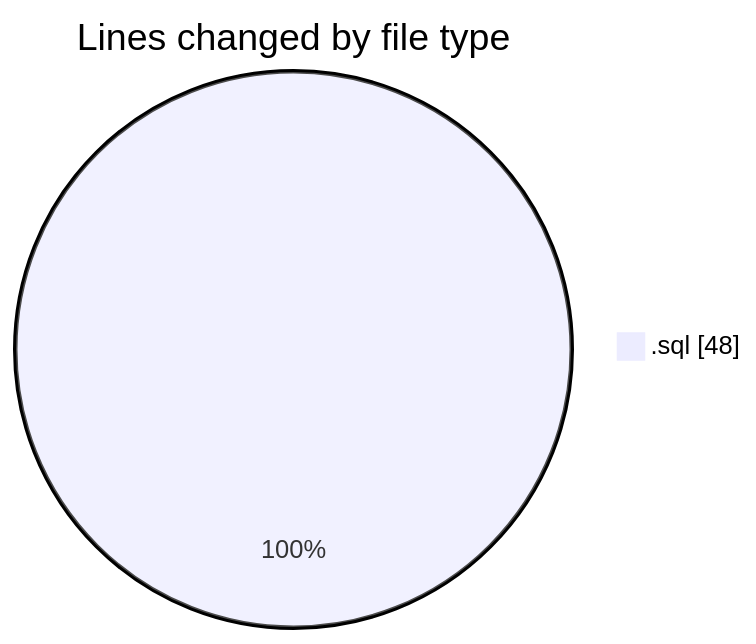
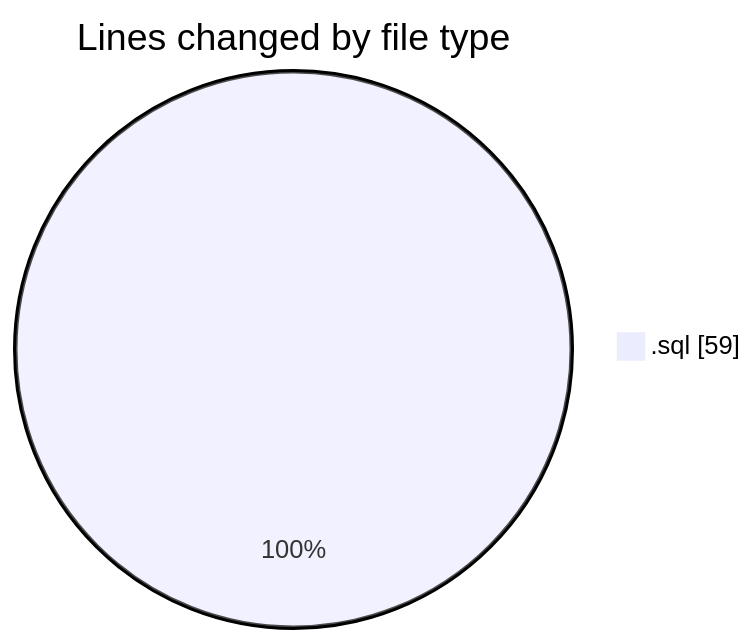
The first of 2 diagrams in 2026-09-22/cilwebcustomercomunication/README.md (ricardozamudiocil/code-tracking), drawn with Mermaid before and after one commit. The commit also changed other lines of this file and 1 other file, not shown here.

````diff
--- a/2026-09-22/cilwebcustomercomunication/README.md
+++ b/2026-09-22/cilwebcustomercomunication/README.md
@@ -20,5 +20,5 @@
 ```mermaid
 pie showData
 title Lines changed by file type
-".sql" : 48
+".sql" : 59
 ```
````
